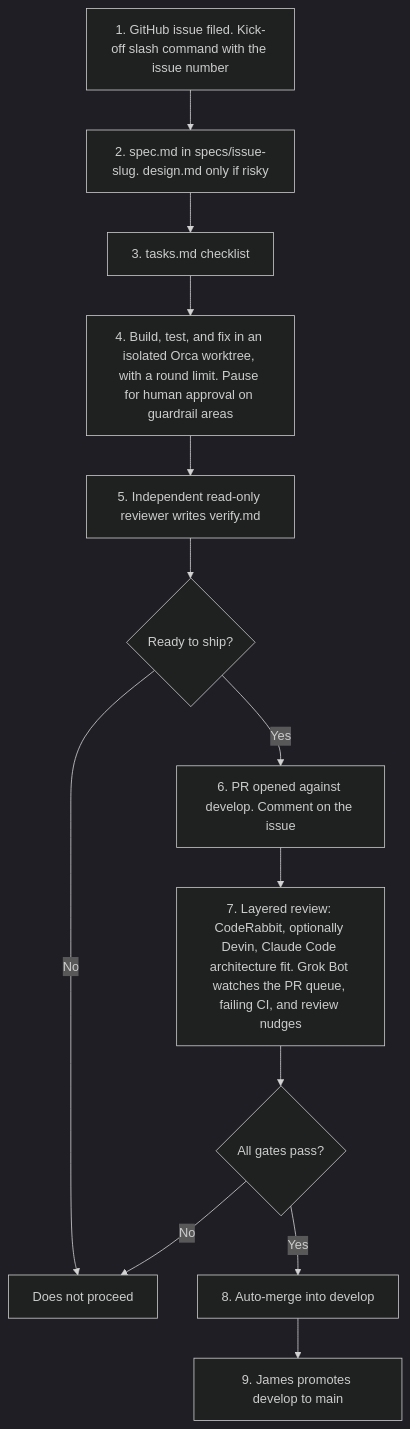
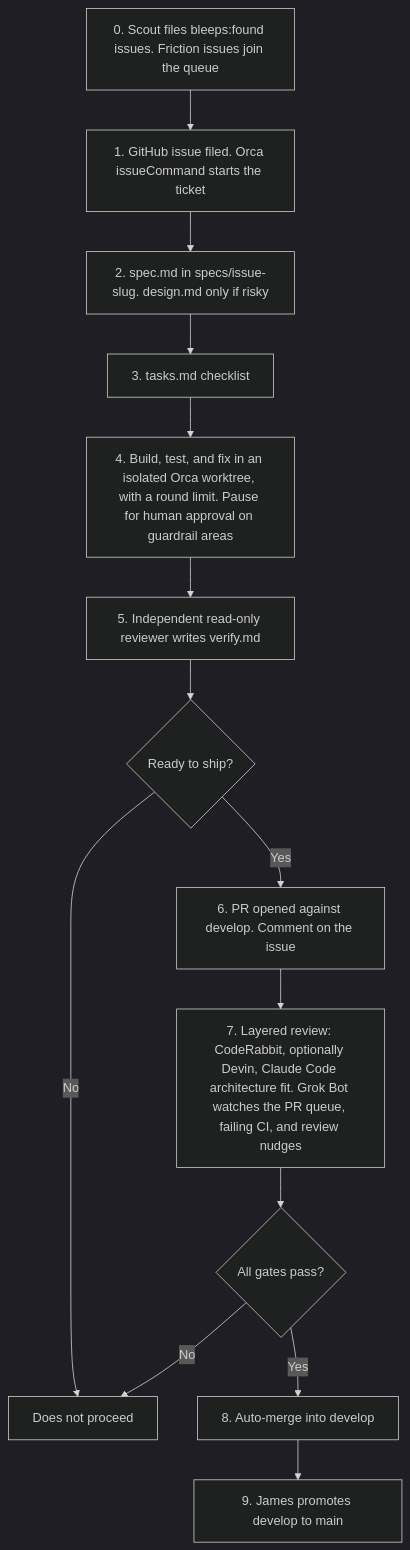
Before and after one commit to eljamez/bleeps-and-bloops: the diagram in docs/flow.md, drawn with Mermaid (dark theme). The commit also changed other lines of this file and 39 other files, not shown here.

First line of the commit message:
Add the Orca factory config, scout, and Blip.

````diff
--- a/docs/flow.md
+++ b/docs/flow.md
@@ -23,21 +24,22 @@
 ```mermaid
 flowchart TD
-  s1["1. GitHub issue filed. Kick-off slash command with the issue number"]
+  s0["0. Scout files bleeps:found issues. Friction issues join the queue"]
+  s1["1. GitHub issue filed. Orca issueCommand starts the ticket"]
   s2["2. spec.md in specs/issue-slug. design.md only if risky"]
   s3["3. tasks.md checklist"]
   s4["4. Build, test, and fix in an isolated Orca worktree, with a round limit. Pause for human approval on guardrail areas"]
   s5["5. Independent read-only reviewer writes verify.md"]
   ready{"Ready to ship?"}
   hold["Does not proceed"]
   s6["6. PR opened against develop. Comment on the issue"]
   s7["7. Layered review: CodeRabbit, optionally Devin, Claude Code architecture fit. Grok Bot watches the PR queue, failing CI, and review nudges"]
   gates{"All gates pass?"}
   s8["8. Auto-merge into develop"]
   s9["9. James promotes develop to main"]
 
-  s1 --> s2 --> s3 --> s4 --> s5 --> ready
+  s0 --> s1 --> s2 --> s3 --> s4 --> s5 --> ready
   ready -->|No| hold
   ready -->|Yes| s6 --> s7 --> gates
   gates -->|No| hold
   gates -->|Yes| s8 --> s9
 ```
````
